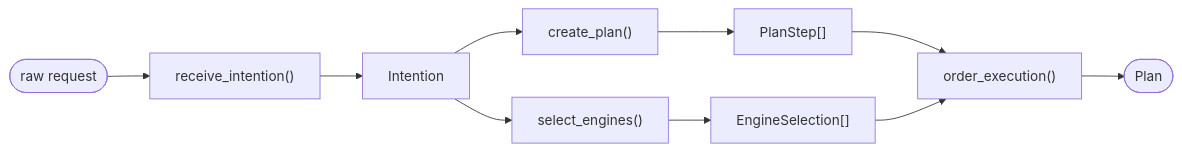
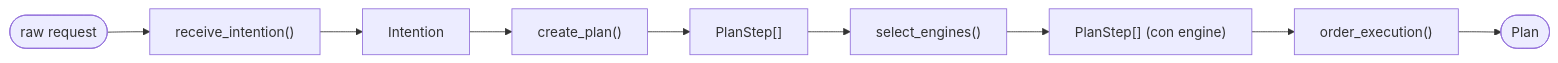
The first of 4 diagrams in core/planner/README.md (Tiago1203/EREN), drawn with Mermaid before and after one commit. The commit also changed other lines of this file and 23 other files, not shown here.

````diff
--- a/core/planner/README.md
+++ b/core/planner/README.md
@@ -26,12 +28,11 @@
 ```mermaid
 flowchart LR
     RAW([raw request]) --> RI["receive_intention()"]
     RI --> INT[Intention]
     INT --> CP["create_plan()"]
-    INT --> SE["select_engines()"]
     CP --> STEPS["PlanStep[]"]
-    SE --> SEL["EngineSelection[]"]
-    STEPS --> OE["order_execution()"]
-    SEL --> OE
+    STEPS --> SE["select_engines()"]
+    SE --> SEL["PlanStep[] (con engine)"]
+    SEL --> OE["order_execution()"]
     OE --> PLAN([Plan])
 ```
````
